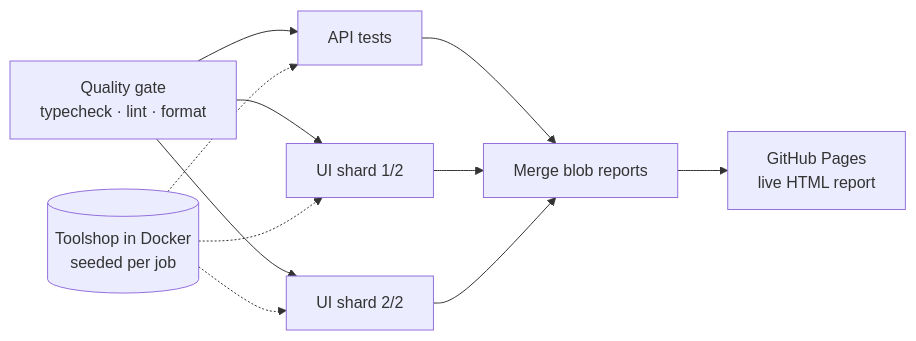
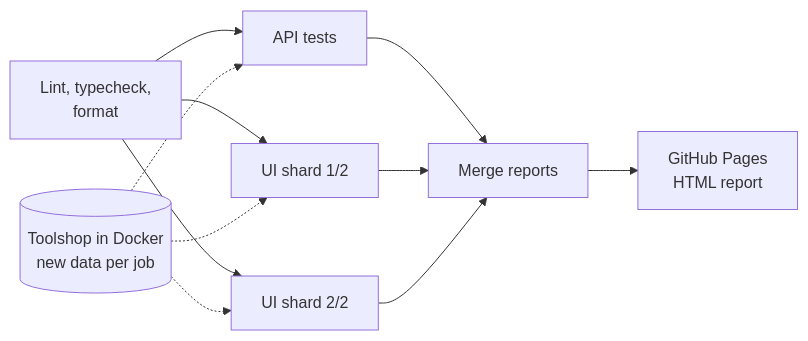
Before and after one commit to Manimaran3101/playwright-enterprise-framework: the second of 2 diagrams in README.md, drawn with Mermaid. The commit also changed other lines of this file and 42 other files, not shown here.

````diff
--- a/README.md
+++ b/README.md
@@ -102,14 +104,14 @@
 ```mermaid
 flowchart LR
-    Q["Quality gate<br/>typecheck · lint · format"] --> API["API tests"]
+    Q["Lint, typecheck,<br/>format"] --> API["API tests"]
     Q --> UI1["UI shard 1/2"]
     Q --> UI2["UI shard 2/2"]
-    API --> M["Merge blob reports"]
+    API --> M["Merge reports"]
     UI1 --> M
     UI2 --> M
-    M --> P["GitHub Pages<br/>live HTML report"]
+    M --> P["GitHub Pages<br/>HTML report"]
 
-    D[("Toolshop in Docker<br/>seeded per job")] -.-> API
+    D[("Toolshop in Docker<br/>new data per job")] -.-> API
     D -.-> UI1
     D -.-> UI2
 ```
````
